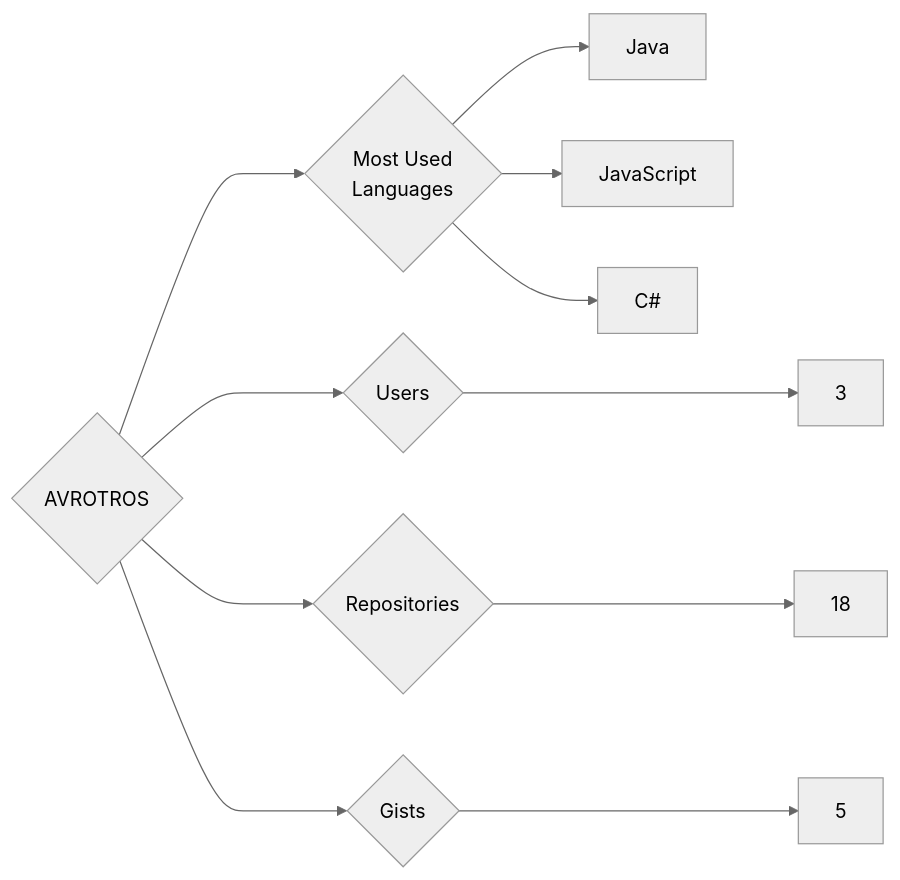
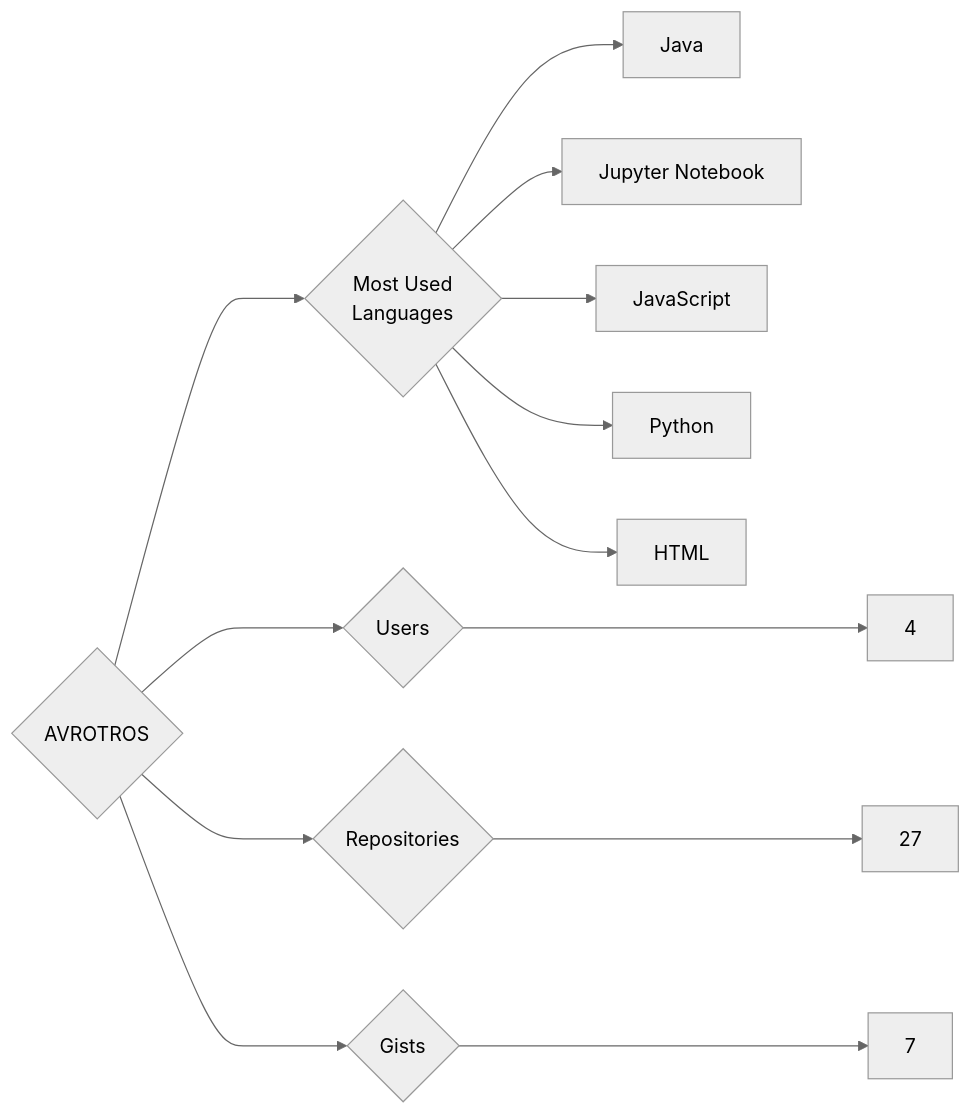
The diagram in targets/AVROTROS/README.md (trickest/insiders), drawn with Mermaid (neutral theme) before and after one commit. The commit also changed 750 other files, not shown here.

````diff
--- a/targets/AVROTROS/README.md
+++ b/targets/AVROTROS/README.md
@@ -3,11 +3,13 @@
 ```mermaid
 graph LR
 COMPANY_NAME{AVROTROS}
-COMPANY_NAME ---> U{Users} ---> UN[3]
-COMPANY_NAME ---> R{Repositories} ---> RN[18]
-COMPANY_NAME ---> G{Gists} ---> GN[5]
+COMPANY_NAME ---> U{Users} ---> UN[4]
+COMPANY_NAME ---> R{Repositories} ---> RN[27]
+COMPANY_NAME ---> G{Gists} ---> GN[7]
 COMPANY_NAME ---> ML{Most Used<br>Languages}
 ML --> Java[Java]
+ML --> Jupyter_Notebook[Jupyter Notebook]
 ML --> JavaScript[JavaScript]
-ML --> C#[C#]
+ML --> Python[Python]
+ML --> HTML[HTML]
 ```
````
